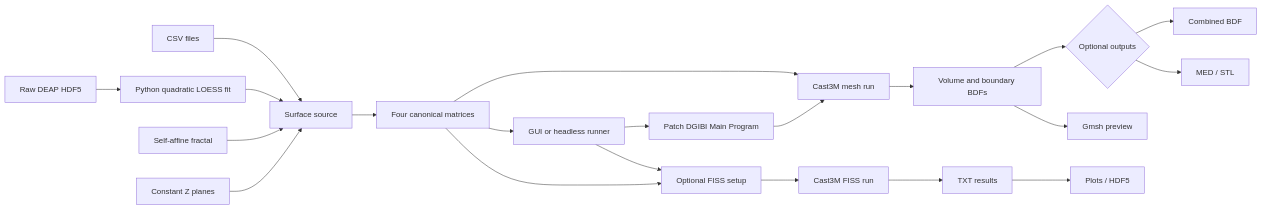
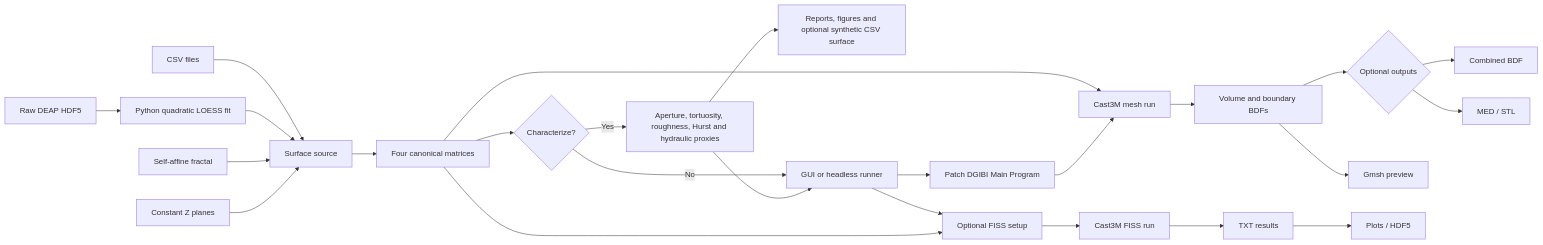
Before and after one commit to onajjar/dem-crack-surface-mesher: the diagram in README.md, drawn with Mermaid. The commit also changed other lines of this file and 49 other files, not shown here.

````diff
--- a/README.md
+++ b/README.md
@@ -40,23 +48,27 @@
 ```mermaid
 flowchart LR
     A[CSV files] --> B[Surface source]
     A1[Raw DEAP HDF5] --> A4[Python quadratic LOESS fit]
     A4 --> B
     A2[Self-affine fractal] --> B
     A3[Constant Z planes] --> B
     B --> C[Four canonical matrices]
-    C --> D[GUI or headless runner]
+    C --> P{Characterize?}
+    P -->|Yes| Q[Aperture, tortuosity, roughness, Hurst and hydraulic proxies]
+    Q --> R[Reports, figures and optional synthetic CSV surface]
+    P -->|No| D[GUI or headless runner]
+    Q --> D
     D --> E[Patch DGIBI Main Program]
     C --> F[Cast3M mesh run]
     E --> F
     F --> G[Volume and boundary BDFs]
     G --> H{Optional outputs}
     H --> I[Combined BDF]
     H --> J[MED / STL]
     G --> K[Gmsh preview]
     D --> L[Optional FISS setup]
     C --> L
     L --> M[Cast3M FISS run]
     M --> N[TXT results]
     N --> O[Plots / HDF5]
 ```
````
